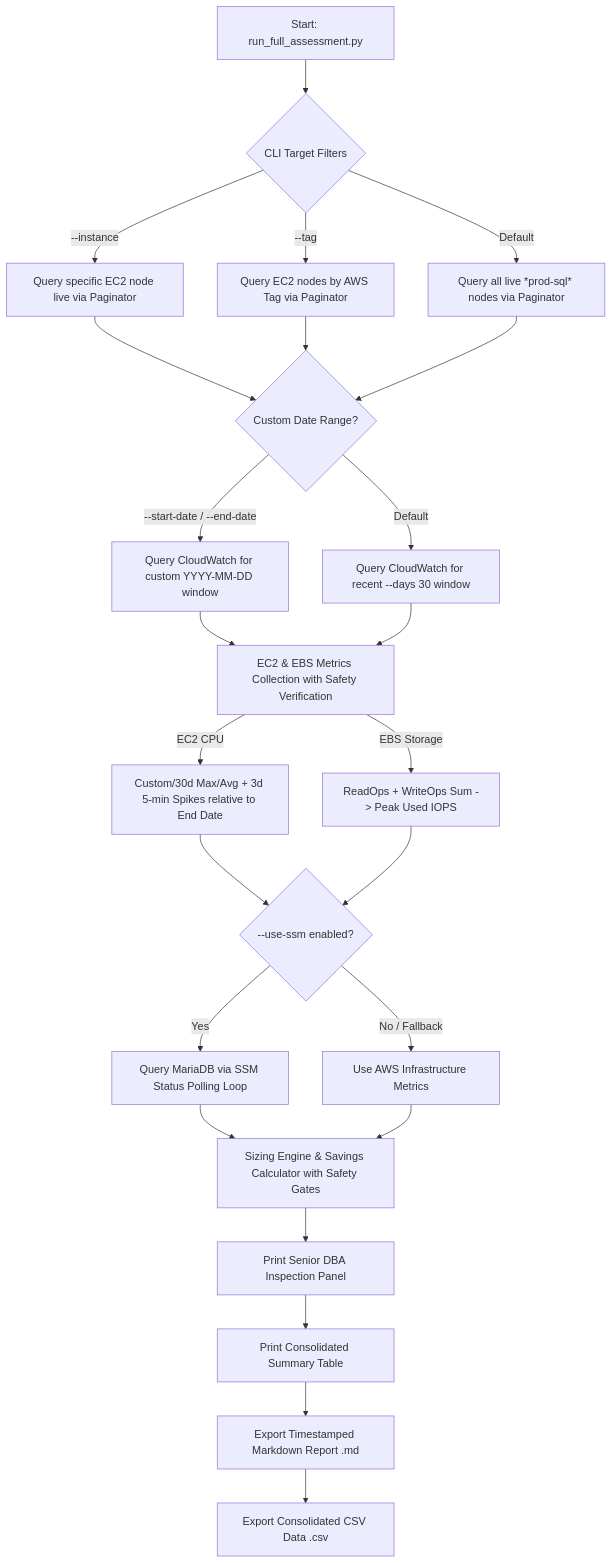
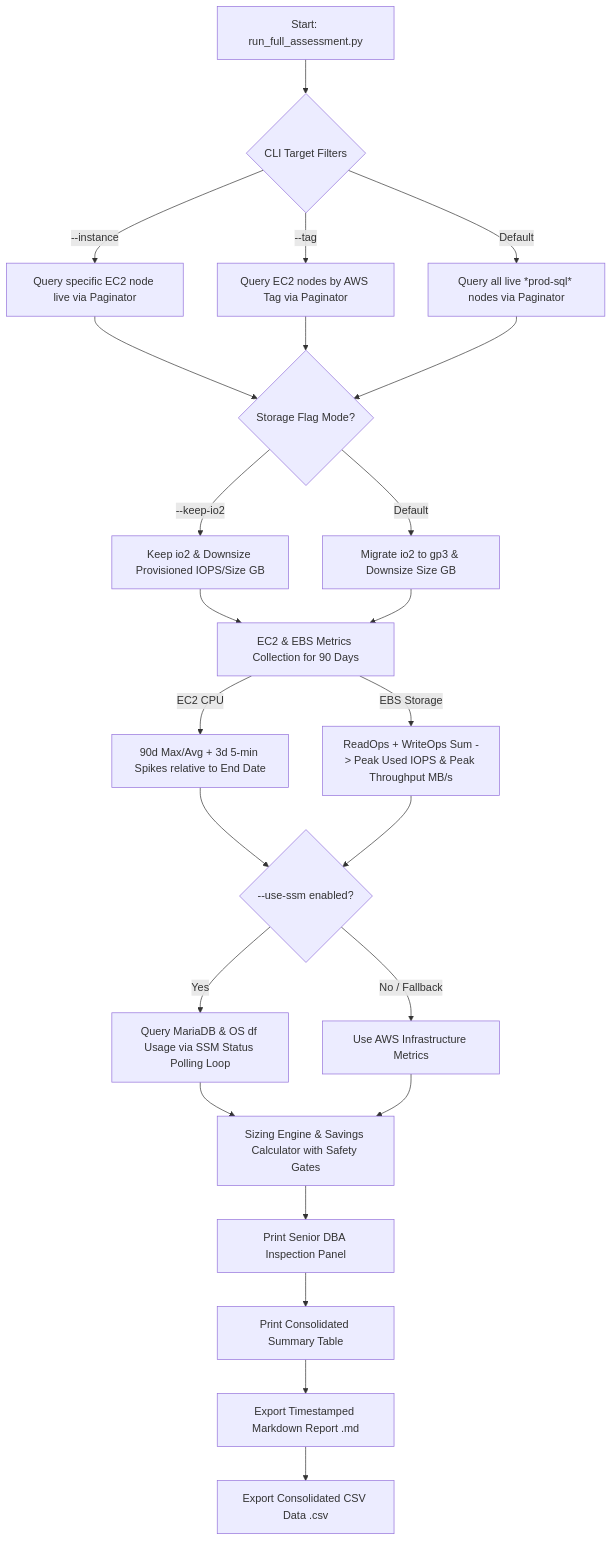
The diagram in antigravity/mariadb-rightsizing/README.md (jaciturazzi-pixel/jaciturazzi), drawn with Mermaid before and after one commit. The commit also changed other lines of this file and 81 other files, not shown here.

````diff
--- a/antigravity/mariadb-rightsizing/README.md
+++ b/antigravity/mariadb-rightsizing/README.md
@@ -73,25 +88,25 @@
 ```mermaid
 flowchart TD
     A[Start: run_full_assessment.py] --> B{CLI Target Filters}
     B -->|--instance| C[Query specific EC2 node live via Paginator]
     B -->|--tag| D[Query EC2 nodes by AWS Tag via Paginator]
     B -->|Default| E[Query all live *prod-sql* nodes via Paginator]
     
-    C & D & E --> F{Custom Date Range?}
-    F -->|--start-date / --end-date| G[Query CloudWatch for custom YYYY-MM-DD window]
-    F -->|Default| H[Query CloudWatch for recent --days 30 window]
+    C & D & E --> F{Storage Flag Mode?}
+    F -->|--keep-io2| G[Keep io2 & Downsize Provisioned IOPS/Size GB]
+    F -->|Default| H[Migrate io2 to gp3 & Downsize Size GB]
     
-    G & H --> I[EC2 & EBS Metrics Collection with Safety Verification]
-    I -->|EC2 CPU| J[Custom/30d Max/Avg + 3d 5-min Spikes relative to End Date]
-    I -->|EBS Storage| K[ReadOps + WriteOps Sum -> Peak Used IOPS]
+    G & H --> I[EC2 & EBS Metrics Collection for 90 Days]
+    I -->|EC2 CPU| J[90d Max/Avg + 3d 5-min Spikes relative to End Date]
+    I -->|EBS Storage| K[ReadOps + WriteOps Sum -> Peak Used IOPS & Peak Throughput MB/s]
     
     J & K --> L{--use-ssm enabled?}
-    L -->|Yes| M[Query MariaDB via SSM Status Polling Loop]
+    L -->|Yes| M[Query MariaDB & OS df Usage via SSM Status Polling Loop]
     L -->|No / Fallback| N[Use AWS Infrastructure Metrics]
     
     M & N --> O[Sizing Engine & Savings Calculator with Safety Gates]
     O --> P[Print Senior DBA Inspection Panel]
     P --> Q[Print Consolidated Summary Table]
     Q --> R[Export Timestamped Markdown Report .md]
     R --> S[Export Consolidated CSV Data .csv]
 ```
````
